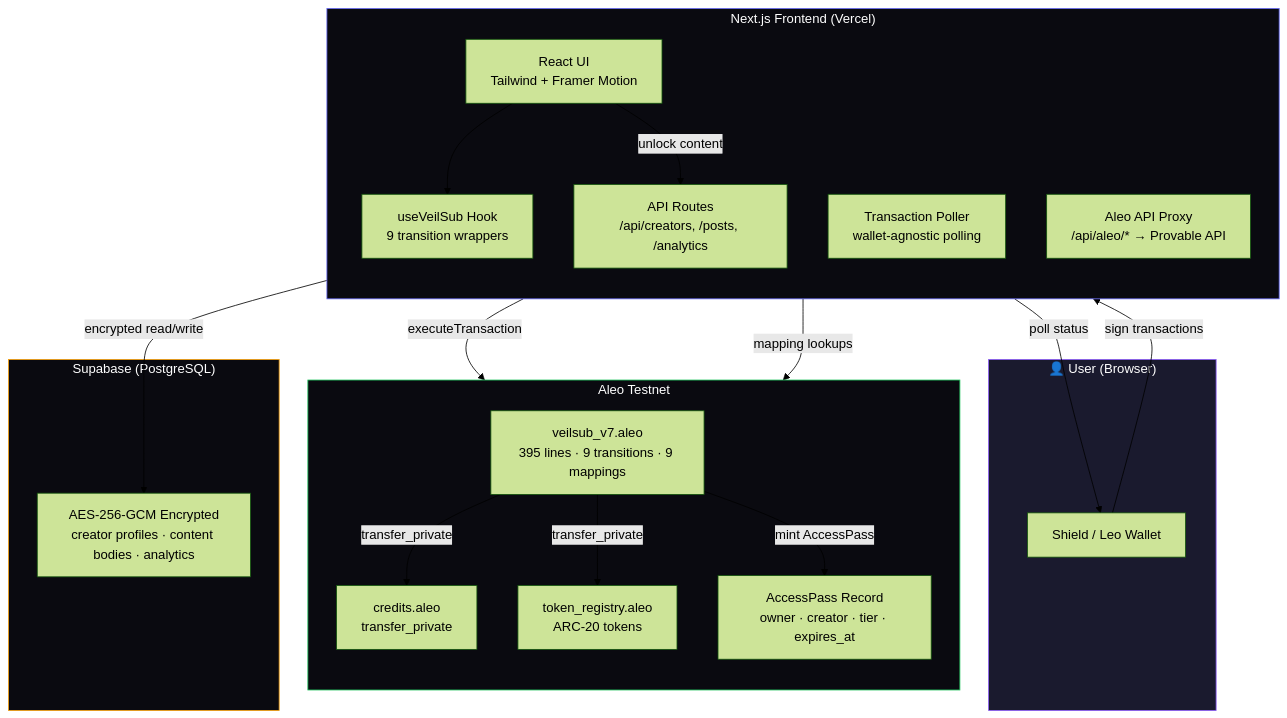
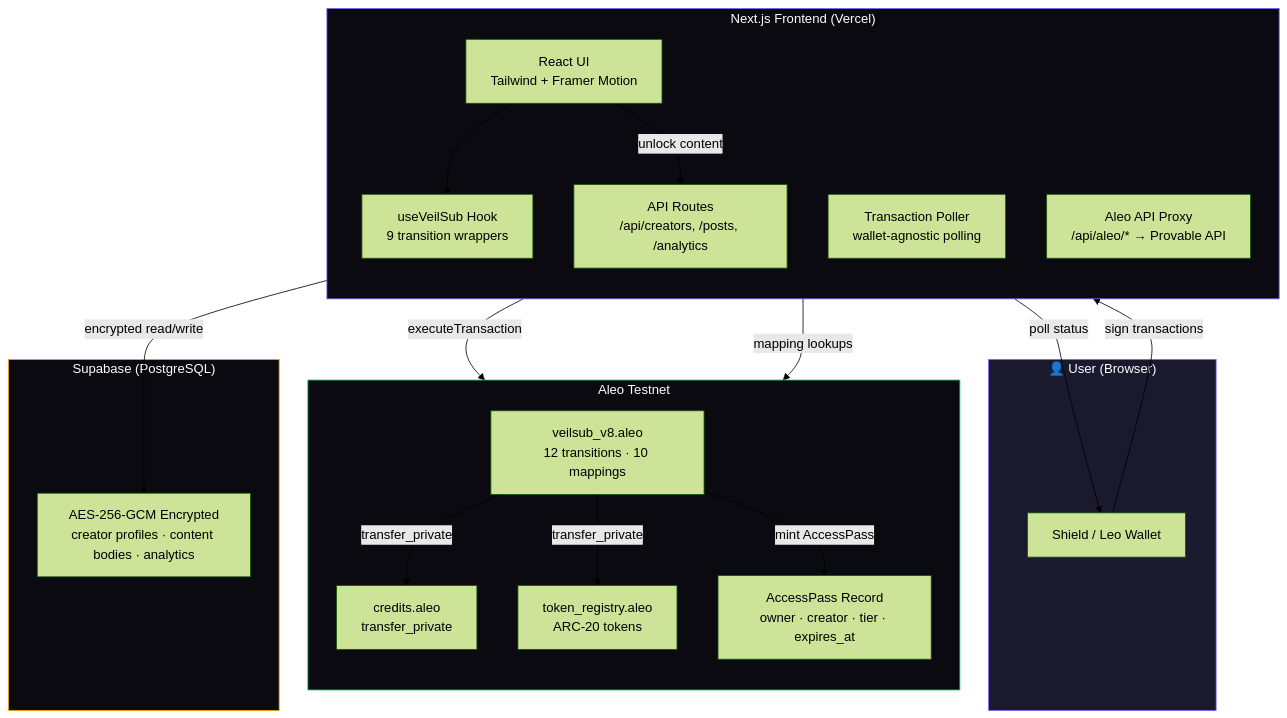
The first of 3 diagrams in README.md (Pratiikpy/Veil-Sub), drawn with Mermaid (forest theme) before and after one commit. The commit also changed other lines of this file and 6 other files, not shown here.

````diff
--- a/README.md
+++ b/README.md
@@ -80,43 +80,43 @@
 ```mermaid
 graph TB
     subgraph User["👤 User (Browser)"]
         W["Shield / Leo Wallet"]
     end
 
     subgraph Frontend["Next.js Frontend (Vercel)"]
         direction TB
         UI["React UI<br/>Tailwind + Framer Motion"]
         Hooks["useVeilSub Hook<br/>9 transition wrappers"]
         Poller["Transaction Poller<br/>wallet-agnostic polling"]
         API["API Routes<br/>/api/creators, /posts, /analytics"]
         Proxy["Aleo API Proxy<br/>/api/aleo/* → Provable API"]
     end
 
     subgraph Aleo["Aleo Testnet"]
         direction TB
-        VS["veilsub_v7.aleo<br/>395 lines · 9 transitions · 9 mappings"]
+        VS["veilsub_v8.aleo<br/>12 transitions · 10 mappings"]
         CR["credits.aleo<br/>transfer_private"]
         TR["token_registry.aleo<br/>ARC-20 tokens"]
         AP["AccessPass Record<br/>owner · creator · tier · expires_at"]
     end
 
     subgraph DB["Supabase (PostgreSQL)"]
         ENC["AES-256-GCM Encrypted<br/>creator profiles · content bodies · analytics"]
     end
 
     W -->|"sign transactions"| Hooks
     UI --> Hooks
     Hooks -->|"executeTransaction"| VS
     VS -->|"transfer_private"| CR
     VS -->|"transfer_private"| TR
     VS -->|"mint AccessPass"| AP
     Poller -->|"poll status"| W
     API -->|"encrypted read/write"| ENC
     Proxy -->|"mapping lookups"| Aleo
     UI -->|"unlock content"| API
 
     style User fill:#1a1a2e,stroke:#8b5cf6,color:#fff
     style Frontend fill:#0a0a10,stroke:#6366f1,color:#fff
     style Aleo fill:#0a0a10,stroke:#22c55e,color:#fff
     style DB fill:#0a0a10,stroke:#f59e0b,color:#fff
 ```
````
